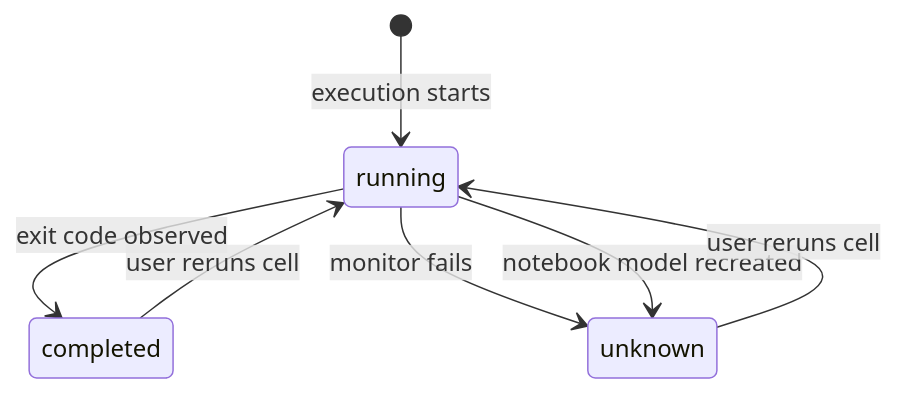
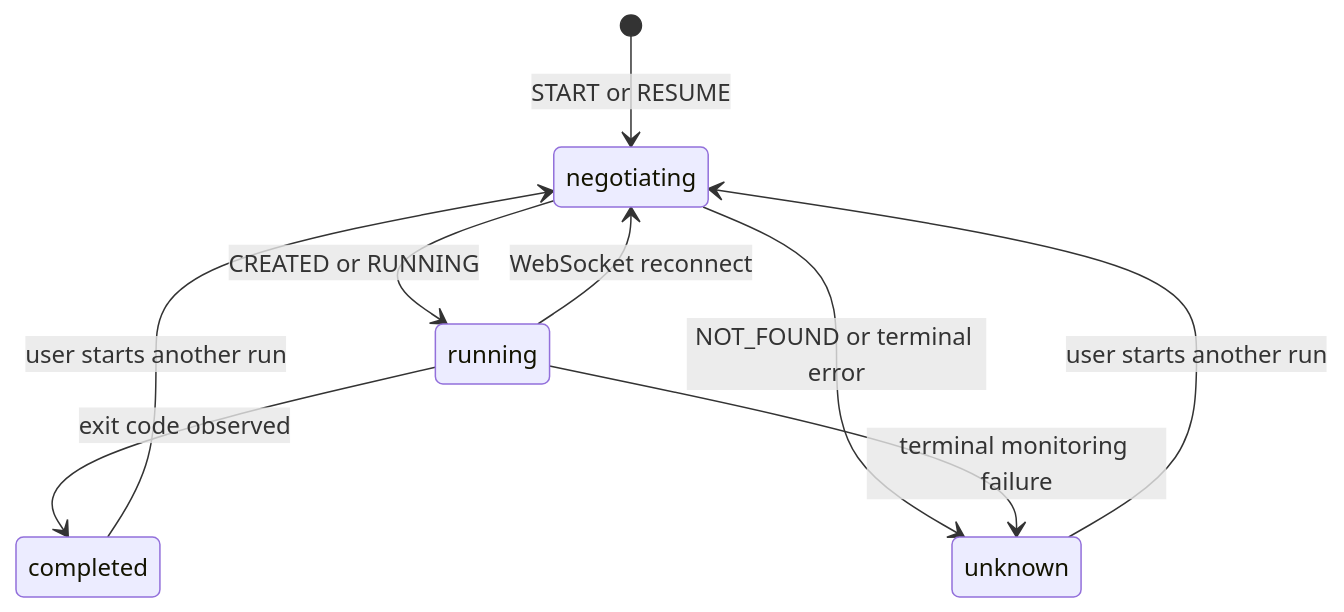
The diagram in docs-dev/design/20260715_execution_monitoring.md (runmedev/web), drawn with Mermaid before and after one commit. The commit also changed other lines of this file and 5 other files, not shown here.

Commit message:
Negotiate cell execution start and resume

````diff
--- a/docs-dev/design/20260715_execution_monitoring.md
+++ b/docs-dev/design/20260715_execution_monitoring.md
@@ -96,9 +165,11 @@
 ```mermaid
 stateDiagram-v2
-    [*] --> running: execution starts
+    [*] --> negotiating: START or RESUME
+    negotiating --> running: CREATED or RUNNING
+    negotiating --> unknown: NOT_FOUND or terminal error
     running --> completed: exit code observed
-    running --> unknown: monitor fails
-    running --> unknown: notebook model recreated
-    completed --> running: user reruns cell
-    unknown --> running: user reruns cell
+    running --> negotiating: WebSocket reconnect
+    running --> unknown: terminal monitoring failure
+    completed --> negotiating: user starts another run
+    unknown --> negotiating: user starts another run
 ```
````
